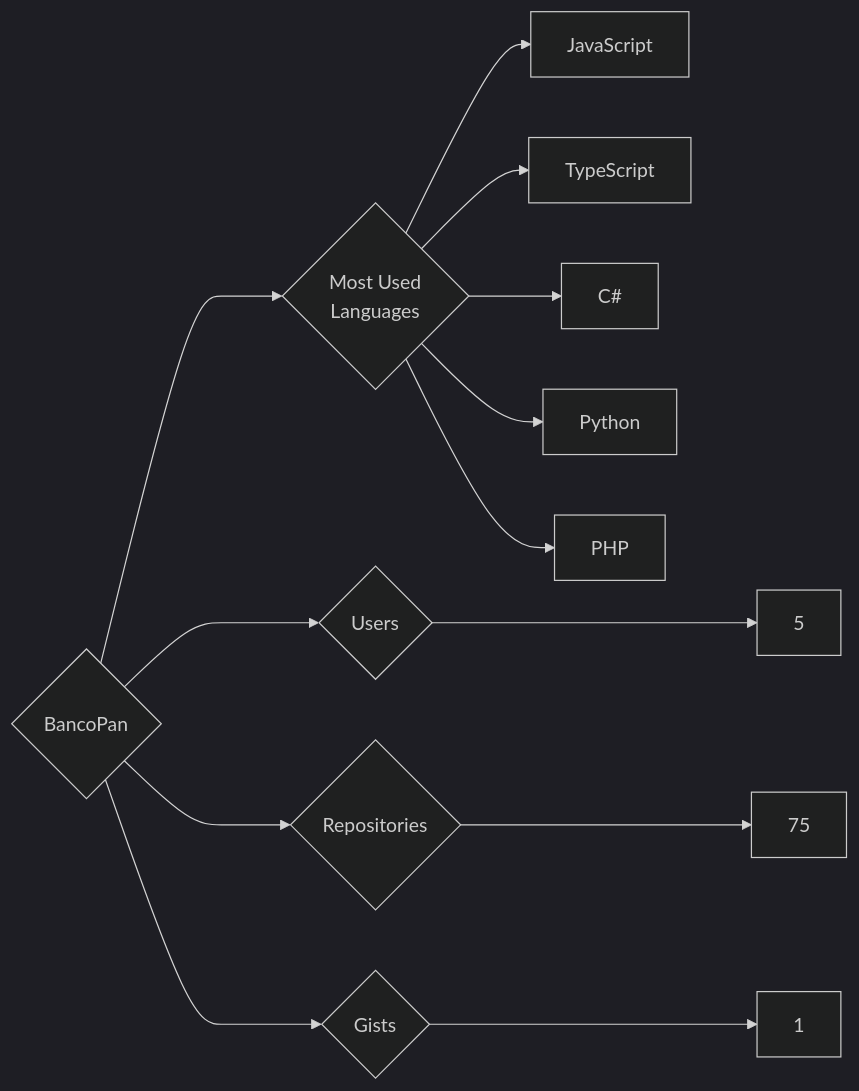
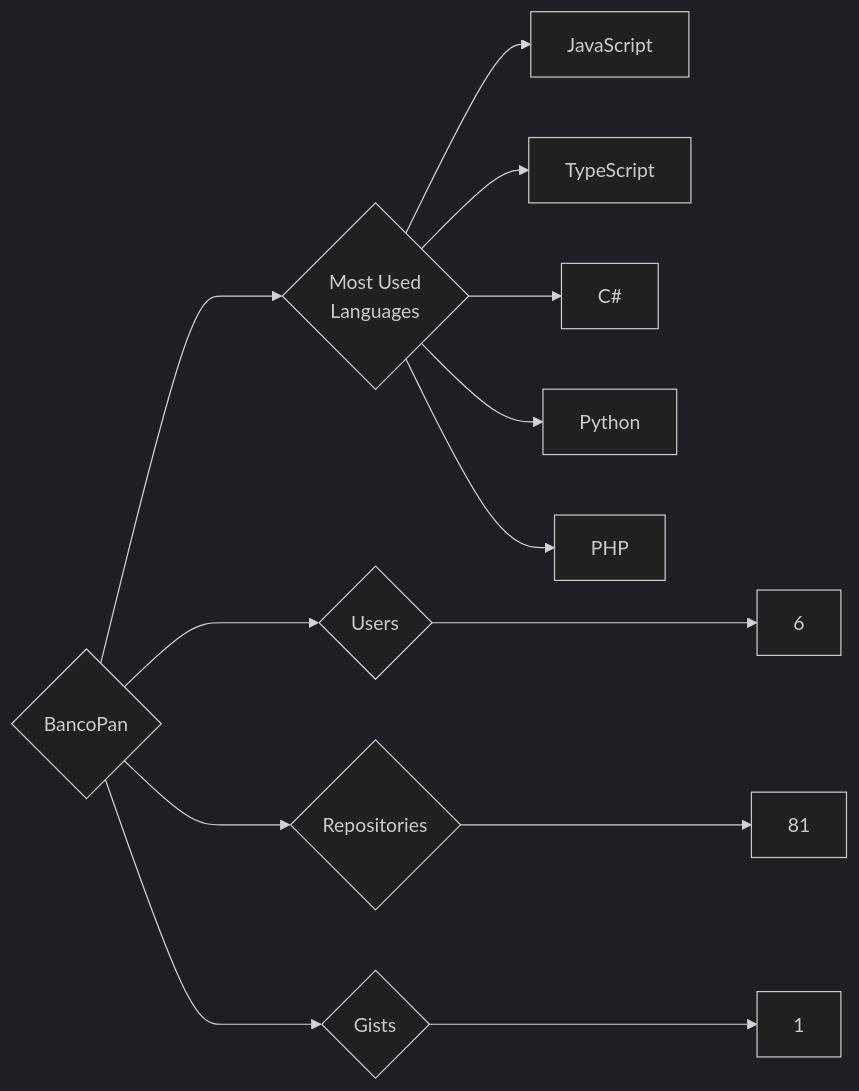
The diagram in targets/BancoPan/README.md (trickest/insiders), drawn with Mermaid (dark theme) before and after one commit. The commit also changed 776 other files, not shown here.

````diff
--- a/targets/BancoPan/README.md
+++ b/targets/BancoPan/README.md
@@ -3,13 +3,13 @@
 ```mermaid
 graph LR
 COMPANY_NAME{BancoPan}
-COMPANY_NAME ---> U{Users} ---> UN[5]
-COMPANY_NAME ---> R{Repositories} ---> RN[75]
+COMPANY_NAME ---> U{Users} ---> UN[6]
+COMPANY_NAME ---> R{Repositories} ---> RN[81]
 COMPANY_NAME ---> G{Gists} ---> GN[1]
 COMPANY_NAME ---> ML{Most Used<br>Languages}
 ML --> JavaScript[JavaScript]
 ML --> TypeScript[TypeScript]
 ML --> C#[C#]
 ML --> Python[Python]
 ML --> PHP[PHP]
 ```
````
